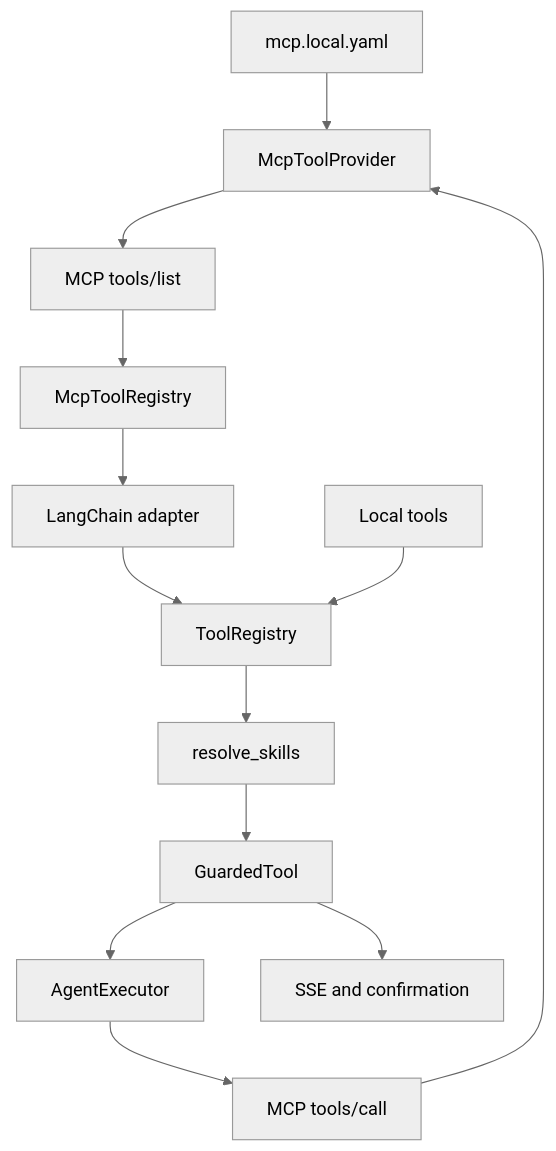
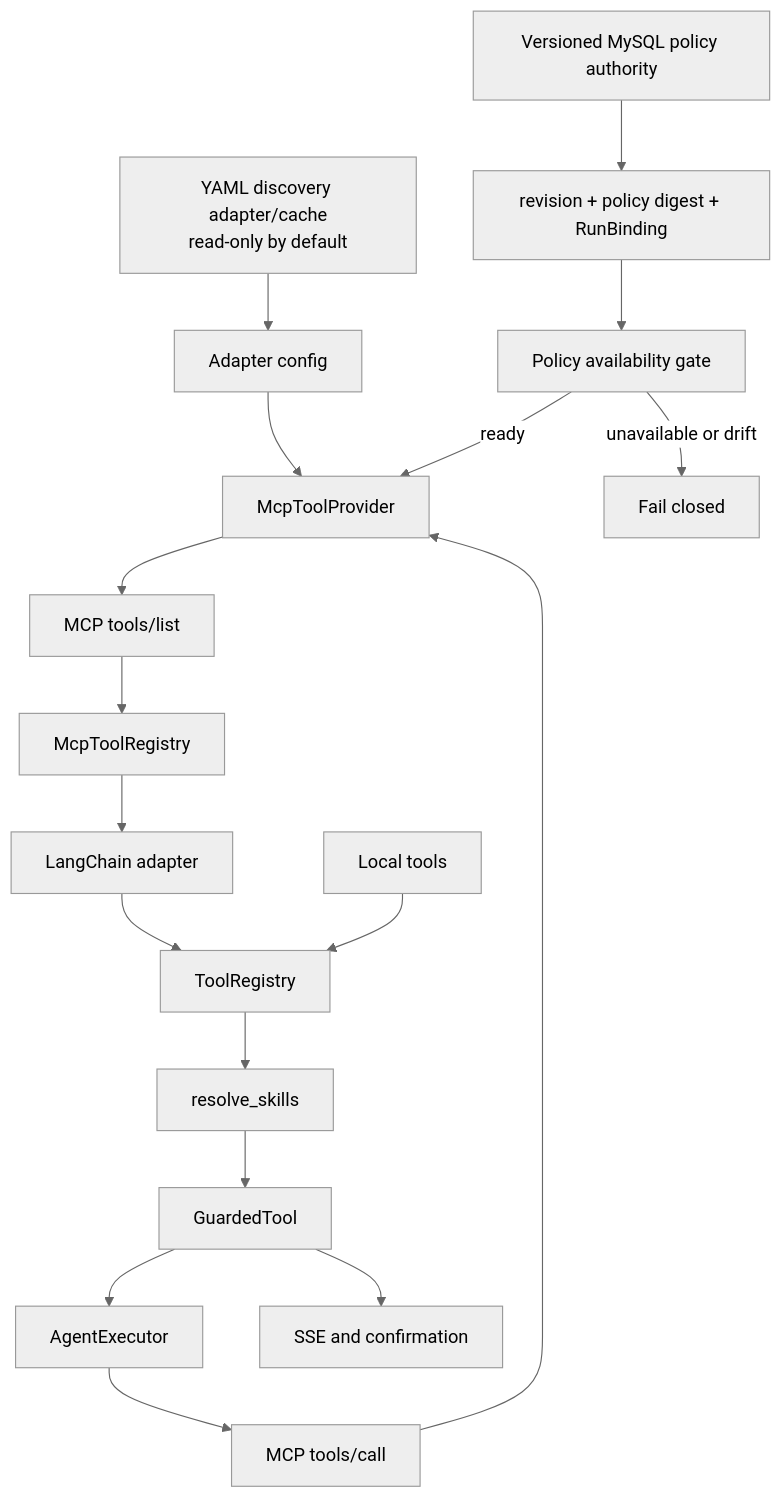
One commit to STliuEN/Doki-Assistant changed the diagram in docs/mcp_integration_plan.md. Above: the diagram before and after it, drawn with Mermaid (neutral theme). The commit also changed other lines of this file and 48 other files, not shown here.

````diff
--- a/docs/mcp_integration_plan.md
+++ b/docs/mcp_integration_plan.md
@@ -35,15 +36,20 @@
 ```mermaid
 flowchart TD
-  Config[mcp.local.yaml] --> Provider[McpToolProvider]
+  Authority[Versioned MySQL policy authority] --> Binding[revision + policy digest + RunBinding]
+  Config[YAML discovery adapter/cache\nread-only by default] --> AdapterConfig[Adapter config]
+  AdapterConfig --> Provider[McpToolProvider]
+  Binding --> PolicyGate[Policy availability gate]
+  PolicyGate -->|ready| Provider
+  PolicyGate -->|unavailable or drift| Closed[Fail closed]
   Provider --> List[MCP tools/list]
   List --> Registry[McpToolRegistry]
   Registry --> Adapter[LangChain adapter]
   Adapter --> Unified[ToolRegistry]
   Local[Local tools] --> Unified
   Unified --> Resolve[resolve_skills]
   Resolve --> Guard[GuardedTool]
   Guard --> Agent[AgentExecutor]
   Agent --> Call[MCP tools/call]
   Call --> Provider
   Guard --> Events[SSE and confirmation]
 ```
````
